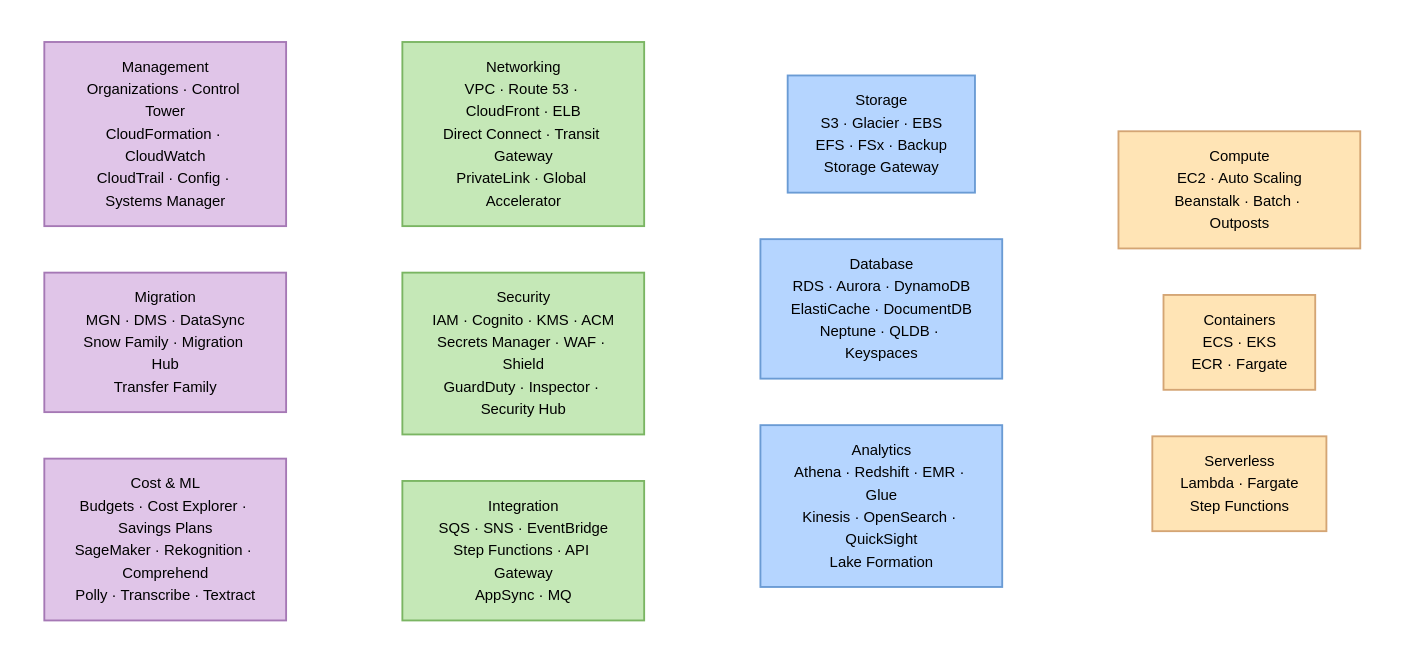
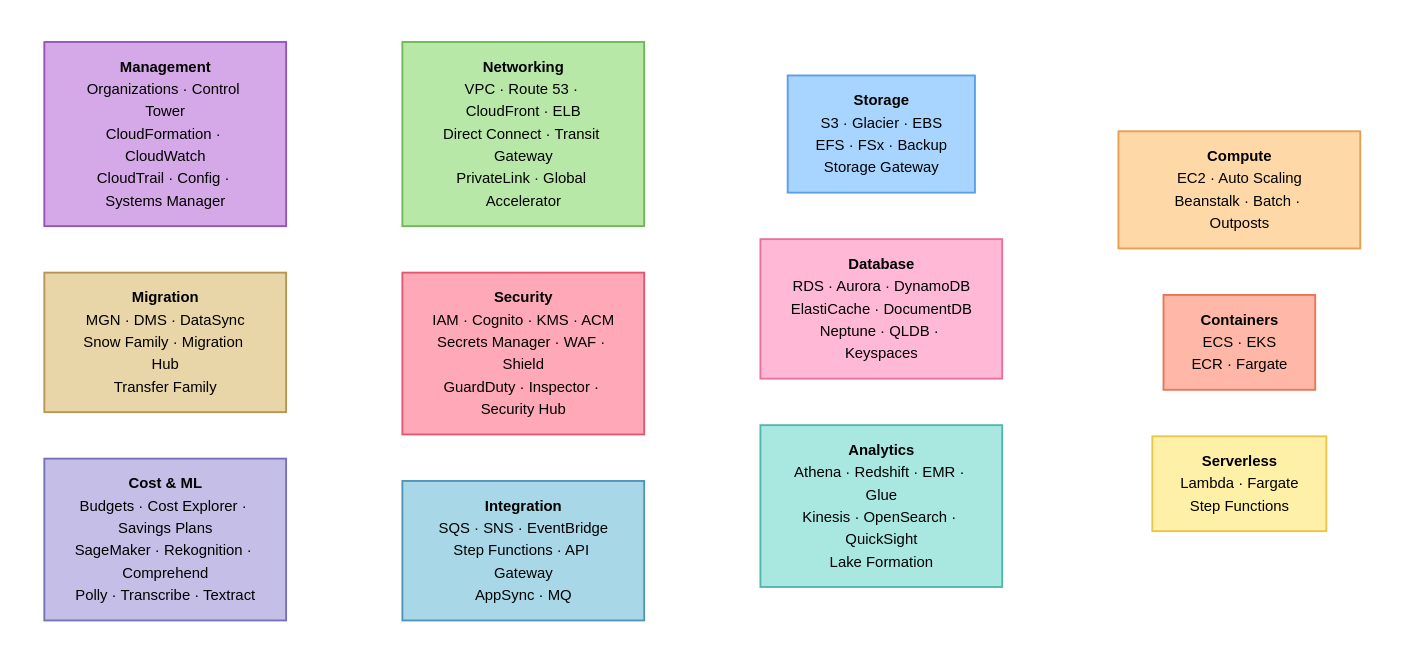
One commit to Gooseppr/GevOps_LC changed the first of 23 diagrams in courses/cloud-aws/aws_cartographie.md. Above: the diagram before and after it, drawn with Mermaid. The commit also changed other lines of this file, not shown here.

Commit message:
Auto commit & push depuis script pipeline

````diff
--- a/courses/cloud-aws/aws_cartographie.md
+++ b/courses/cloud-aws/aws_cartographie.md
@@ -51,43 +51,76 @@
 ```mermaid
 flowchart TB
     subgraph R1[" "]
         direction LR
-        C1[Compute<br/>EC2 · Auto Scaling<br/>Beanstalk · Batch · Outposts]
-        C2[Containers<br/>ECS · EKS<br/>ECR · Fargate]
-        C3[Serverless<br/>Lambda · Fargate<br/>Step Functions]
+        C1["`**Compute**
+        EC2 · Auto Scaling
+        Beanstalk · Batch · Outposts`"]
+        C2["`**Containers**
+        ECS · EKS
+        ECR · Fargate`"]
+        C3["`**Serverless**
+        Lambda · Fargate
+        Step Functions`"]
     end
     subgraph R2[" "]
         direction LR
-        C4[Storage<br/>S3 · Glacier · EBS<br/>EFS · FSx · Backup<br/>Storage Gateway]
-        C5[Database<br/>RDS · Aurora · DynamoDB<br/>ElastiCache · DocumentDB<br/>Neptune · QLDB · Keyspaces]
-        C6[Analytics<br/>Athena · Redshift · EMR · Glue<br/>Kinesis · OpenSearch · QuickSight<br/>Lake Formation]
+        C4["`**Storage**
+        S3 · Glacier · EBS
+        EFS · FSx · Backup
+        Storage Gateway`"]
+        C5["`**Database**
+        RDS · Aurora · DynamoDB
+        ElastiCache · DocumentDB
+        Neptune · QLDB · Keyspaces`"]
+        C6["`**Analytics**
+        Athena · Redshift · EMR · Glue
+        Kinesis · OpenSearch · QuickSight
+        Lake Formation`"]
     end
     subgraph R3[" "]
         direction LR
-        C7[Networking<br/>VPC · Route 53 · CloudFront · ELB<br/>Direct Connect · Transit Gateway<br/>PrivateLink · Global Accelerator]
-        C8[Security<br/>IAM · Cognito · KMS · ACM<br/>Secrets Manager · WAF · Shield<br/>GuardDuty · Inspector · Security Hub]
-        C9[Integration<br/>SQS · SNS · EventBridge<br/>Step Functions · API Gateway<br/>AppSync · MQ]
+        C7["`**Networking**
+        VPC · Route 53 · CloudFront · ELB
+        Direct Connect · Transit Gateway
+        PrivateLink · Global Accelerator`"]
+        C8["`**Security**
+        IAM · Cognito · KMS · ACM
+        Secrets Manager · WAF · Shield
+        GuardDuty · Inspector · Security Hub`"]
+        C9["`**Integration**
+        SQS · SNS · EventBridge
+        Step Functions · API Gateway
+        AppSync · MQ`"]
     end
     subgraph R4[" "]
         direction LR
-        C10[Management<br/>Organizations · Control Tower<br/>CloudFormation · CloudWatch<br/>CloudTrail · Config · Systems Manager]
-        C11[Migration<br/>MGN · DMS · DataSync<br/>Snow Family · Migration Hub<br/>Transfer Family]
-        C12[Cost & ML<br/>Budgets · Cost Explorer · Savings Plans<br/>SageMaker · Rekognition · Comprehend<br/>Polly · Transcribe · Textract]
+        C10["`**Management**
+        Organizations · Control Tower
+        CloudFormation · CloudWatch
+        CloudTrail · Config · Systems Manager`"]
+        C11["`**Migration**
+        MGN · DMS · DataSync
+        Snow Family · Migration Hub
+        Transfer Family`"]
+        C12["`**Cost & ML**
+        Budgets · Cost Explorer · Savings Plans
+        SageMaker · Rekognition · Comprehend
+        Polly · Transcribe · Textract`"]
     end
     style R1 fill:none,stroke:none
     style R2 fill:none,stroke:none
     style R3 fill:none,stroke:none
     style R4 fill:none,stroke:none
-    style C1 fill:#FFE4B5,stroke:#D4A574,stroke-width:2px,color:#000
-    style C2 fill:#FFE4B5,stroke:#D4A574,stroke-width:2px,color:#000
-    style C3 fill:#FFE4B5,stroke:#D4A574,stroke-width:2px,color:#000
-    style C4 fill:#B5D5FF,stroke:#6A9BD4,stroke-width:2px,color:#000
-    style C5 fill:#B5D5FF,stroke:#6A9BD4,stroke-width:2px,color:#000
-    style C6 fill:#B5D5FF,stroke:#6A9BD4,stroke-width:2px,color:#000
-    style C7 fill:#C5E8B7,stroke:#7AB562,stroke-width:2px,color:#000
-    style C8 fill:#C5E8B7,stroke:#7AB562,stroke-width:2px,color:#000
-    style C9 fill:#C5E8B7,stroke:#7AB562,stroke-width:2px,color:#000
-    style C10 fill:#E0C5E8,stroke:#A578B5,stroke-width:2px,color:#000
-    style C11 fill:#E0C5E8,stroke:#A578B5,stroke-width:2px,color:#000
-    style C12 fill:#E0C5E8,stroke:#A578B5,stroke-width:2px,color:#000
+    style C1 fill:#FFD8A8,stroke:#E89D4F,stroke-width:2px,color:#000
+    style C2 fill:#FFB8A8,stroke:#E87555,stroke-width:2px,color:#000
+    style C3 fill:#FFF0A8,stroke:#E8C649,stroke-width:2px,color:#000
+    style C4 fill:#A8D5FF,stroke:#5A9FE8,stroke-width:2px,color:#000
+    style C5 fill:#FFB8D5,stroke:#E8709A,stroke-width:2px,color:#000
+    style C6 fill:#A8E8E0,stroke:#4FB8AA,stroke-width:2px,color:#000
+    style C7 fill:#B8E8A8,stroke:#6FB855,stroke-width:2px,color:#000
+    style C8 fill:#FFA8B8,stroke:#E85570,stroke-width:2px,color:#000
+    style C9 fill:#A8D8E8,stroke:#4F95B8,stroke-width:2px,color:#000
+    style C10 fill:#D5A8E8,stroke:#9555B8,stroke-width:2px,color:#000
+    style C11 fill:#E8D5A8,stroke:#B89555,stroke-width:2px,color:#000
+    style C12 fill:#C5BFE8,stroke:#7570B8,stroke-width:2px,color:#000
 ```
````
